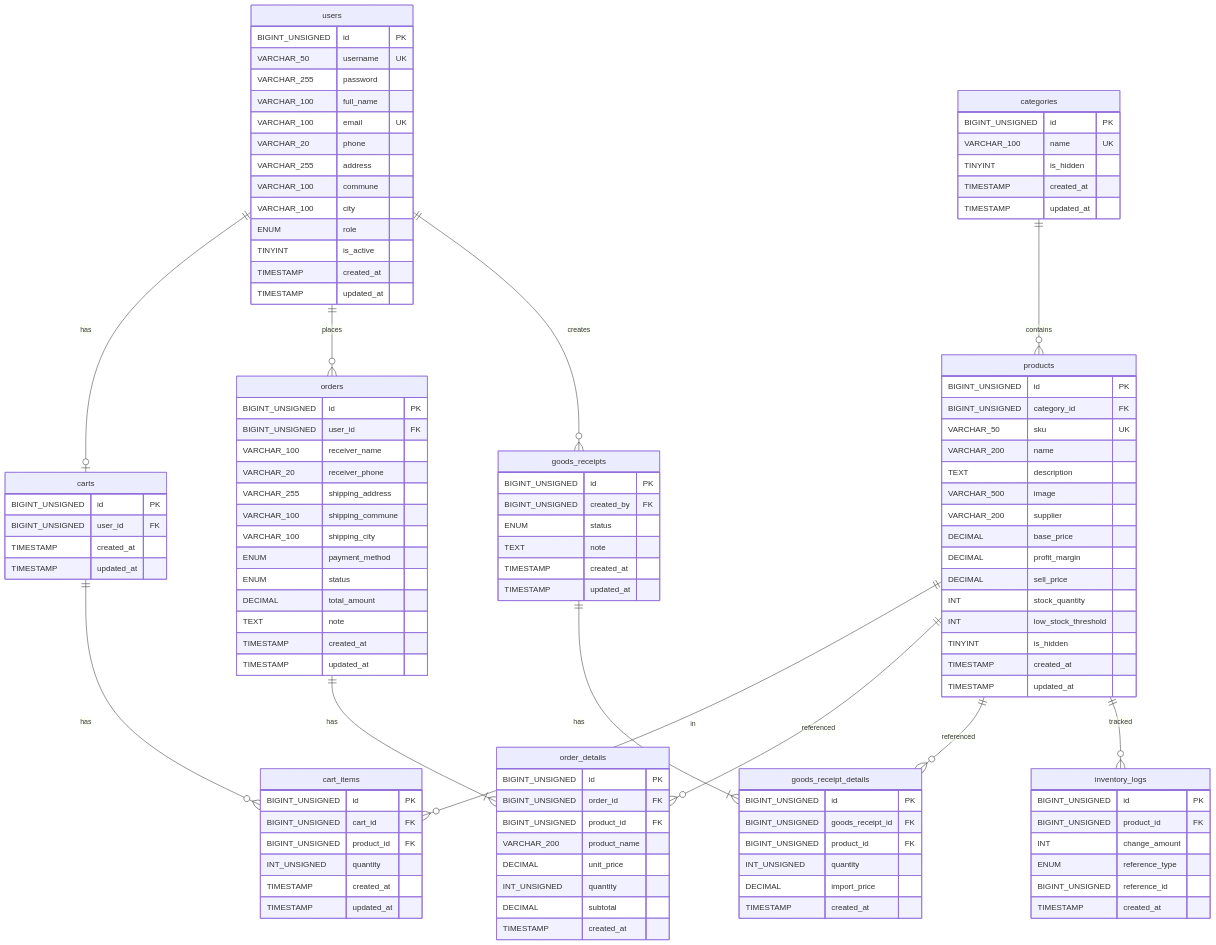
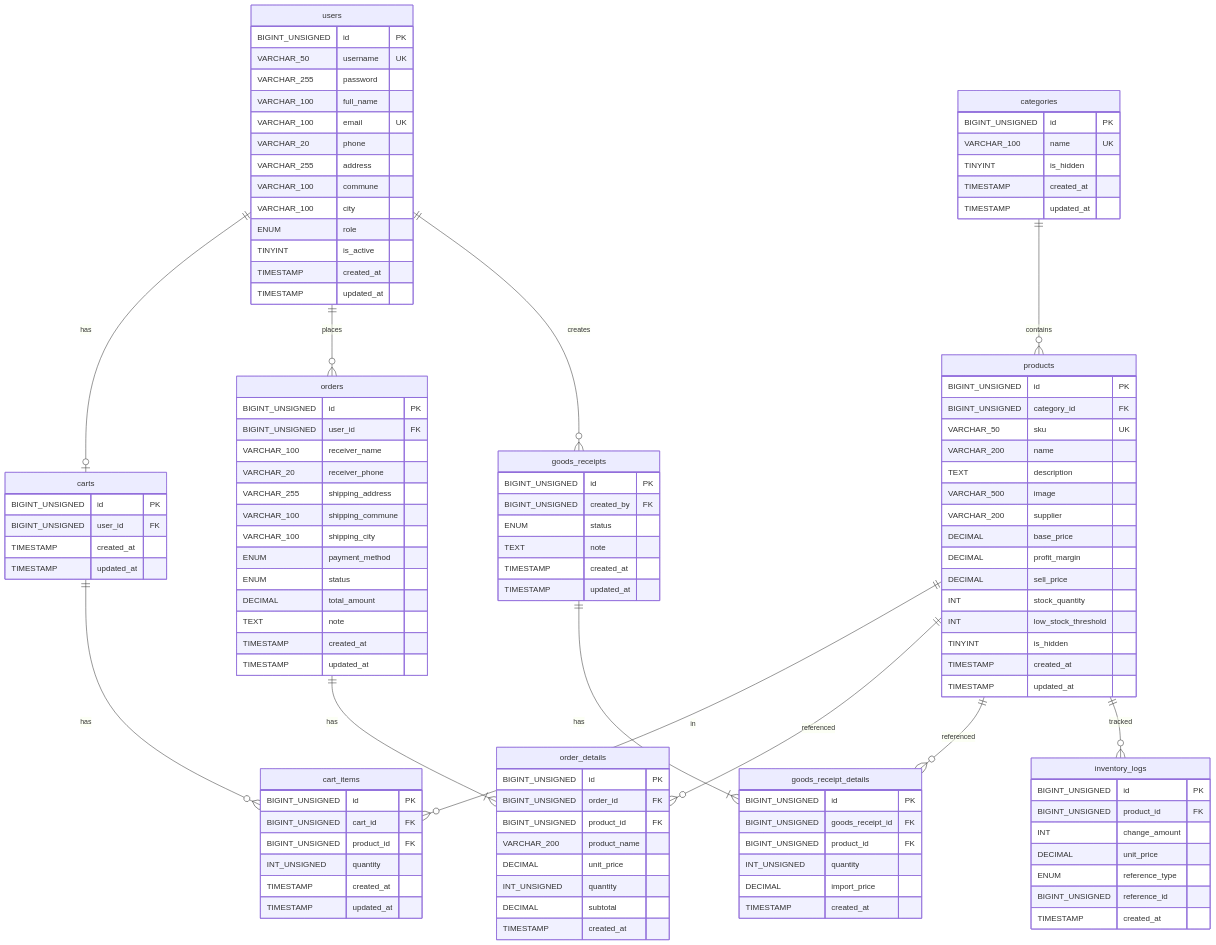
One commit to ngxqn/ideal-octo-memory changed the second of 2 diagrams in docs/db-design.md. Above: the diagram before and after it, drawn with Mermaid. The commit also changed other lines of this file and 9 other files, not shown here.

```diff
--- a/docs/db-design.md
+++ b/docs/db-design.md
@@ -417,6 +420,7 @@
         BIGINT_UNSIGNED id PK
         BIGINT_UNSIGNED product_id FK
         INT change_amount
+        DECIMAL unit_price
         ENUM reference_type
         BIGINT_UNSIGNED reference_id
         TIMESTAMP created_at
```
